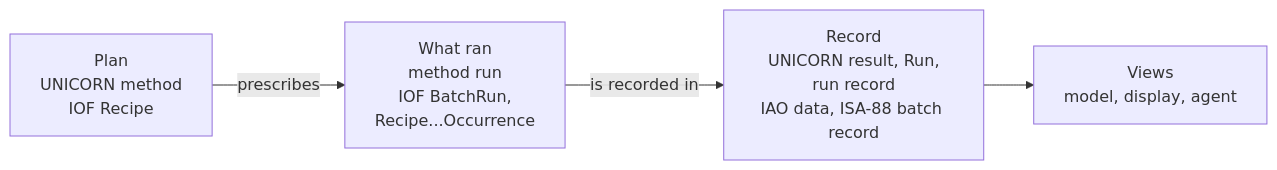
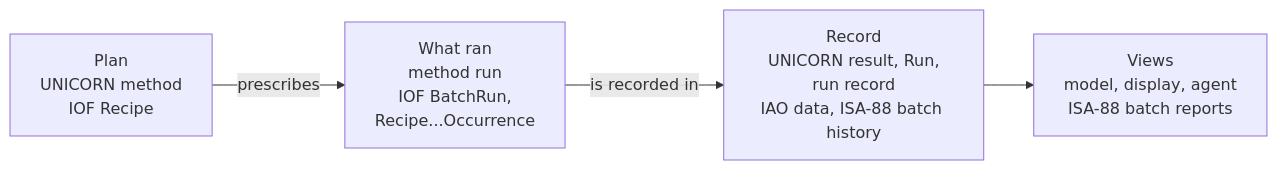
Before and after one commit to traylosj/PyCORN: the eighth of 8 diagrams in docs/RUN_STRUCTURE_RECORD.md, drawn with Mermaid. The commit also changed other lines of this file and 4 other files, not shown here.

First line of the commit message:
Run record proposal: checked against ISA-88 Part 1, sections below the phase

````diff
--- a/docs/RUN_STRUCTURE_RECORD.md
+++ b/docs/RUN_STRUCTURE_RECORD.md
@@ -783,6 +927,6 @@
 ```mermaid
 flowchart LR
     plan["Plan<br/>UNICORN method<br/>IOF Recipe"] -- prescribes --> run["What ran<br/>method run<br/>IOF BatchRun,<br/>Recipe...Occurrence"]
-    run -- is recorded in --> rec["Record<br/>UNICORN result, Run,<br/>run record<br/>IAO data, ISA-88 batch record"]
-    rec --> views["Views<br/>model, display, agent"]
+    run -- is recorded in --> rec["Record<br/>UNICORN result, Run,<br/>run record<br/>IAO data, ISA-88 batch history"]
+    rec --> views["Views<br/>model, display, agent<br/>ISA-88 batch reports"]
 ```
````
